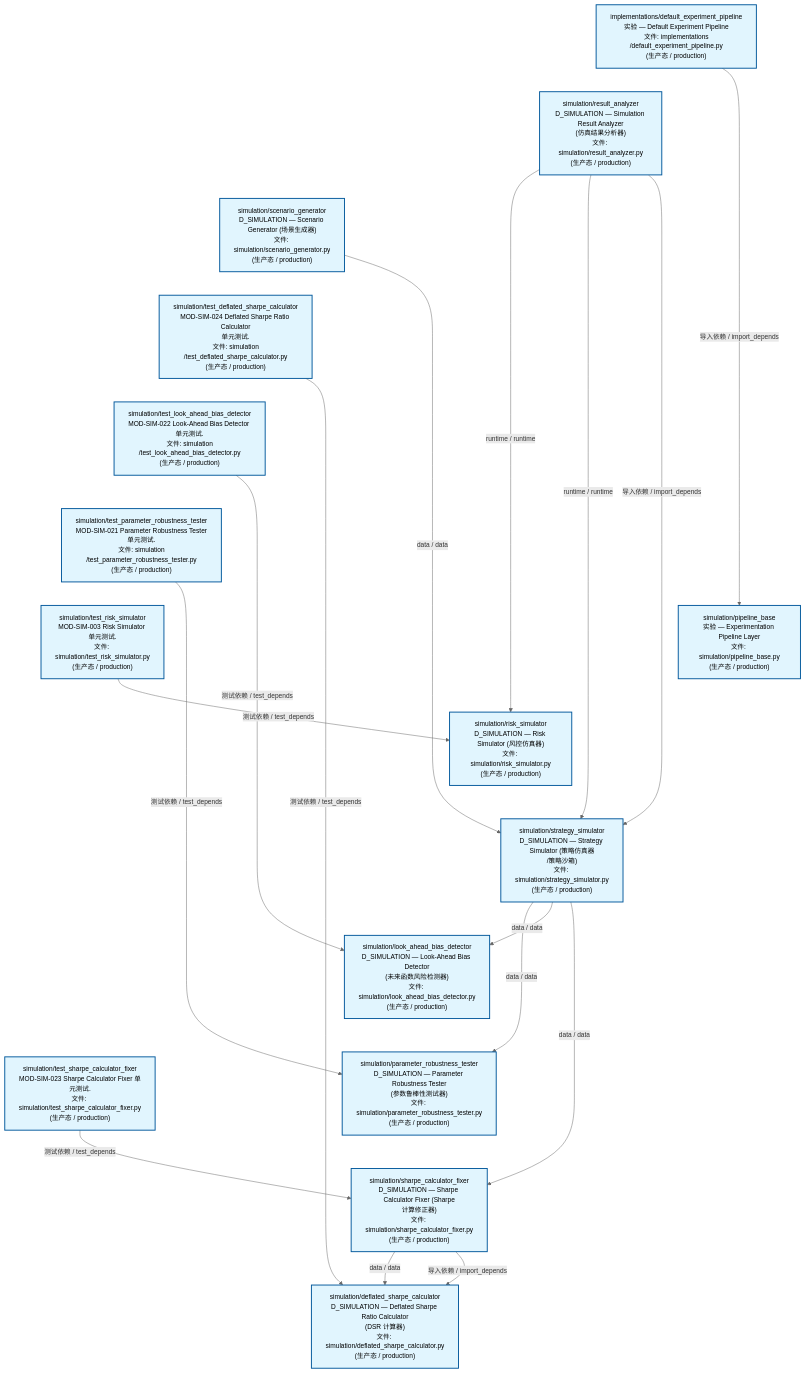
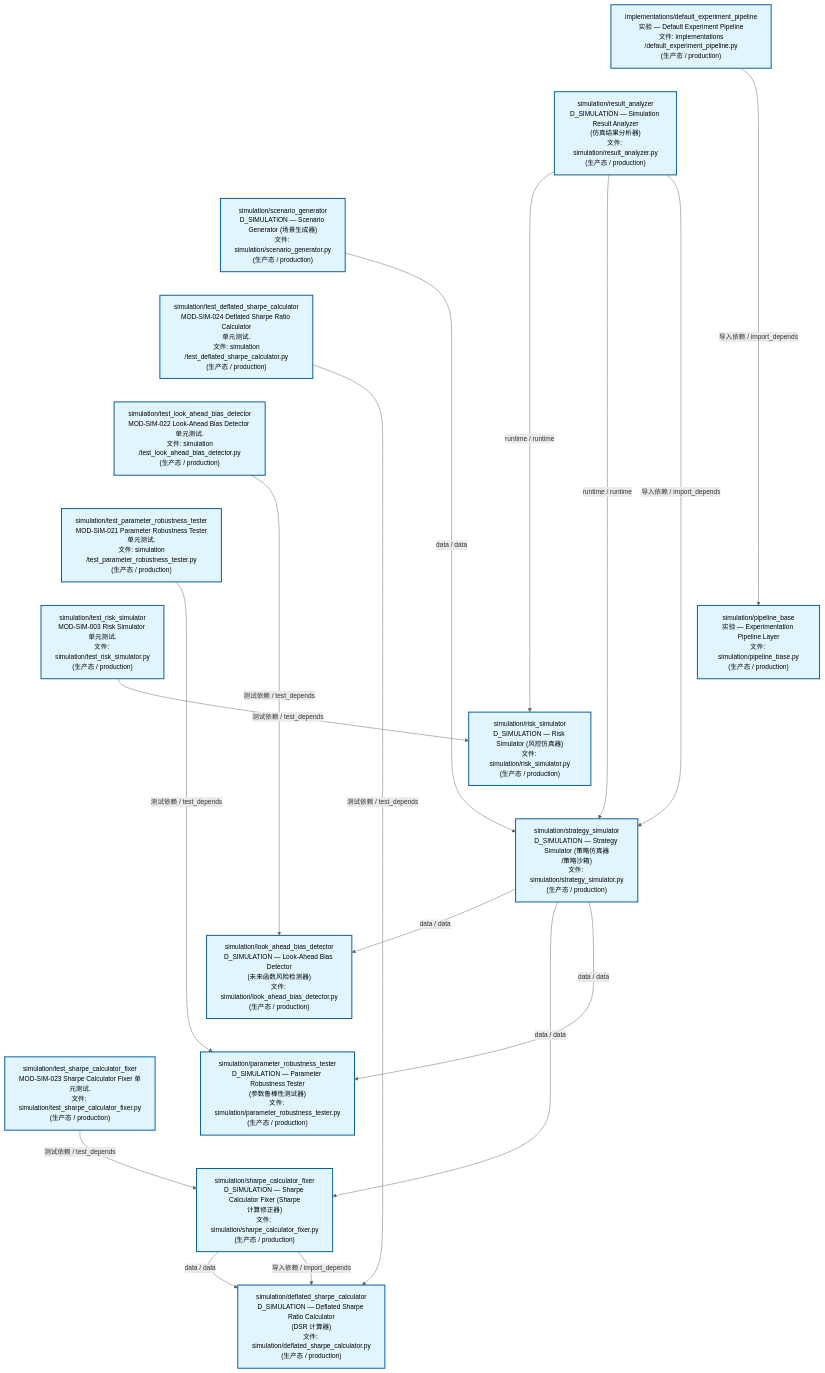
One commit to xuanFelixVan/ZephyrAlpha changed the second of 3 diagrams in docs/02_enterprise_architecture/02_domain_architecture_docs/70_d_simulation.md. Above: the diagram before and after it, drawn with Mermaid. The commit also changed other lines of this file and 47 other files, not shown here.

````diff
--- a/docs/02_enterprise_architecture/02_domain_architecture_docs/70_d_simulation.md
+++ b/docs/02_enterprise_architecture/02_domain_architecture_docs/70_d_simulation.md
@@ -120,50 +120,50 @@
 ```mermaid
 %%{init: {'theme': 'base', 'themeVariables': {'primaryColor': '#eaeaea', 'primaryTextColor': '#333333', 'primaryBorderColor': '#666666', 'lineColor': '#666666', 'secondaryColor': '#eaeaea', 'tertiaryColor': '#eaeaea', 'fontSize': '14px'}}}%%
 flowchart TD
     src_zephyr_simulation_implementations_default_experiment_pipeline_py["implementations/default_experiment_pipeline<br/>实验 — Default Experiment Pipeline<br/>文件: implementations<br/>/default_experiment_pipeline.py<br/>(生产态 / production)"]
     src_zephyr_simulation_result_analyzer_py["simulation/result_analyzer<br/>D_SIMULATION — Simulation Result Analyzer<br/>(仿真结果分析器)<br/>文件: simulation/result_analyzer.py<br/>(生产态 / production)"]
     src_zephyr_simulation_scenario_generator_py["simulation/scenario_generator<br/>D_SIMULATION — Scenario Generator (场景生成器)<br/>文件: simulation/scenario_generator.py<br/>(生产态 / production)"]
     tests_simulation_test_deflated_sharpe_calculator_py["simulation/test_deflated_sharpe_calculator<br/>MOD-SIM-024 Deflated Sharpe Ratio Calculator<br/>单元测试.<br/>文件: simulation<br/>/test_deflated_sharpe_calculator.py<br/>(生产态 / production)"]
     tests_simulation_test_look_ahead_bias_detector_py["simulation/test_look_ahead_bias_detector<br/>MOD-SIM-022 Look-Ahead Bias Detector 单元测试.<br/>文件: simulation<br/>/test_look_ahead_bias_detector.py<br/>(生产态 / production)"]
     tests_simulation_test_parameter_robustness_tester_py["simulation/test_parameter_robustness_tester<br/>MOD-SIM-021 Parameter Robustness Tester<br/>单元测试.<br/>文件: simulation<br/>/test_parameter_robustness_tester.py<br/>(生产态 / production)"]
     tests_simulation_test_risk_simulator_py["simulation/test_risk_simulator<br/>MOD-SIM-003 Risk Simulator 单元测试.<br/>文件: simulation/test_risk_simulator.py<br/>(生产态 / production)"]
     tests_simulation_test_sharpe_calculator_fixer_py["simulation/test_sharpe_calculator_fixer<br/>MOD-SIM-023 Sharpe Calculator Fixer 单元测试.<br/>文件: simulation/test_sharpe_calculator_fixer.py<br/>(生产态 / production)"]
     src_zephyr_simulation_implementations_default_experiment_pipeline_py ~~~ src_zephyr_simulation_result_analyzer_py
     src_zephyr_simulation_result_analyzer_py ~~~ src_zephyr_simulation_scenario_generator_py
     src_zephyr_simulation_scenario_generator_py ~~~ tests_simulation_test_deflated_sharpe_calculator_py
     tests_simulation_test_deflated_sharpe_calculator_py ~~~ tests_simulation_test_look_ahead_bias_detector_py
     tests_simulation_test_look_ahead_bias_detector_py ~~~ tests_simulation_test_parameter_robustness_tester_py
     tests_simulation_test_parameter_robustness_tester_py ~~~ tests_simulation_test_risk_simulator_py
     tests_simulation_test_risk_simulator_py ~~~ tests_simulation_test_sharpe_calculator_fixer_py
     src_zephyr_simulation_pipeline_base_py["simulation/pipeline_base<br/>实验 — Experimentation Pipeline Layer<br/>文件: simulation/pipeline_base.py<br/>(生产态 / production)"]
     src_zephyr_simulation_risk_simulator_py["simulation/risk_simulator<br/>D_SIMULATION — Risk Simulator (风控仿真器)<br/>文件: simulation/risk_simulator.py<br/>(生产态 / production)"]
     src_zephyr_simulation_strategy_simulator_py["simulation/strategy_simulator<br/>D_SIMULATION — Strategy Simulator (策略仿真器<br/>/策略沙箱)<br/>文件: simulation/strategy_simulator.py<br/>(生产态 / production)"]
     src_zephyr_simulation_pipeline_base_py ~~~ src_zephyr_simulation_risk_simulator_py
     src_zephyr_simulation_risk_simulator_py ~~~ src_zephyr_simulation_strategy_simulator_py
     src_zephyr_simulation_look_ahead_bias_detector_py["simulation/look_ahead_bias_detector<br/>D_SIMULATION — Look-Ahead Bias Detector<br/>(未来函数风险检测器)<br/>文件: simulation/look_ahead_bias_detector.py<br/>(生产态 / production)"]
     src_zephyr_simulation_parameter_robustness_tester_py["simulation/parameter_robustness_tester<br/>D_SIMULATION — Parameter Robustness Tester<br/>(参数鲁棒性测试器)<br/>文件: simulation/parameter_robustness_tester.py<br/>(生产态 / production)"]
     src_zephyr_simulation_sharpe_calculator_fixer_py["simulation/sharpe_calculator_fixer<br/>D_SIMULATION — Sharpe Calculator Fixer (Sharpe<br/>计算修正器)<br/>文件: simulation/sharpe_calculator_fixer.py<br/>(生产态 / production)"]
     src_zephyr_simulation_look_ahead_bias_detector_py ~~~ src_zephyr_simulation_parameter_robustness_tester_py
     src_zephyr_simulation_parameter_robustness_tester_py ~~~ src_zephyr_simulation_sharpe_calculator_fixer_py
     src_zephyr_simulation_deflated_sharpe_calculator_py["simulation/deflated_sharpe_calculator<br/>D_SIMULATION — Deflated Sharpe Ratio Calculator<br/>(DSR 计算器)<br/>文件: simulation/deflated_sharpe_calculator.py<br/>(生产态 / production)"]
     src_zephyr_simulation_result_analyzer_py -->|runtime / runtime| src_zephyr_simulation_risk_simulator_py
     src_zephyr_simulation_result_analyzer_py -->|runtime / runtime| src_zephyr_simulation_strategy_simulator_py
     src_zephyr_simulation_result_analyzer_py -->|导入依赖 / import_depends| src_zephyr_simulation_strategy_simulator_py
-    src_zephyr_simulation_scenario_generator_py -->|data / data| src_zephyr_simulation_strategy_simulator_py
     src_zephyr_simulation_sharpe_calculator_fixer_py -->|data / data| src_zephyr_simulation_deflated_sharpe_calculator_py
     src_zephyr_simulation_sharpe_calculator_fixer_py -->|导入依赖 / import_depends| src_zephyr_simulation_deflated_sharpe_calculator_py
-    src_zephyr_simulation_strategy_simulator_py -->|data / data| src_zephyr_simulation_parameter_robustness_tester_py
     src_zephyr_simulation_strategy_simulator_py -->|data / data| src_zephyr_simulation_look_ahead_bias_detector_py
     src_zephyr_simulation_strategy_simulator_py -->|data / data| src_zephyr_simulation_sharpe_calculator_fixer_py
+    src_zephyr_simulation_strategy_simulator_py -->|data / data| src_zephyr_simulation_parameter_robustness_tester_py
+    src_zephyr_simulation_scenario_generator_py -->|data / data| src_zephyr_simulation_strategy_simulator_py
     src_zephyr_simulation_implementations_default_experiment_pipeline_py -->|导入依赖 / import_depends| src_zephyr_simulation_pipeline_base_py
+    tests_simulation_test_parameter_robustness_tester_py -->|测试依赖 / test_depends| src_zephyr_simulation_parameter_robustness_tester_py
+    tests_simulation_test_deflated_sharpe_calculator_py -->|测试依赖 / test_depends| src_zephyr_simulation_deflated_sharpe_calculator_py
     tests_simulation_test_look_ahead_bias_detector_py -->|测试依赖 / test_depends| src_zephyr_simulation_look_ahead_bias_detector_py
-    tests_simulation_test_deflated_sharpe_calculator_py -->|测试依赖 / test_depends| src_zephyr_simulation_deflated_sharpe_calculator_py
-    tests_simulation_test_parameter_robustness_tester_py -->|测试依赖 / test_depends| src_zephyr_simulation_parameter_robustness_tester_py
     tests_simulation_test_sharpe_calculator_fixer_py -->|测试依赖 / test_depends| src_zephyr_simulation_sharpe_calculator_fixer_py
     tests_simulation_test_risk_simulator_py -->|测试依赖 / test_depends| src_zephyr_simulation_risk_simulator_py
     classDef production fill:#e1f5fe,stroke:#01579b,stroke-width:2px,color:#000
     classDef design fill:#fff3e0,stroke:#e65100,stroke-width:2px,color:#000,stroke-dasharray: 5 5
     classDef external_prod fill:#e8f4fd,stroke:#0277bd,stroke-width:1px,color:#000
     classDef external_design fill:#fff8e7,stroke:#ef6c00,stroke-width:1px,color:#000,stroke-dasharray: 5 5
     class src_zephyr_simulation_deflated_sharpe_calculator_py,src_zephyr_simulation_implementations_default_experiment_pipeline_py,src_zephyr_simulation_look_ahead_bias_detector_py,src_zephyr_simulation_parameter_robustness_tester_py,src_zephyr_simulation_pipeline_base_py,src_zephyr_simulation_result_analyzer_py,src_zephyr_simulation_risk_simulator_py,src_zephyr_simulation_scenario_generator_py,src_zephyr_simulation_sharpe_calculator_fixer_py,src_zephyr_simulation_strategy_simulator_py,tests_simulation_test_deflated_sharpe_calculator_py,tests_simulation_test_look_ahead_bias_detector_py,tests_simulation_test_parameter_robustness_tester_py,tests_simulation_test_risk_simulator_py,tests_simulation_test_sharpe_calculator_fixer_py production
 ```
````
